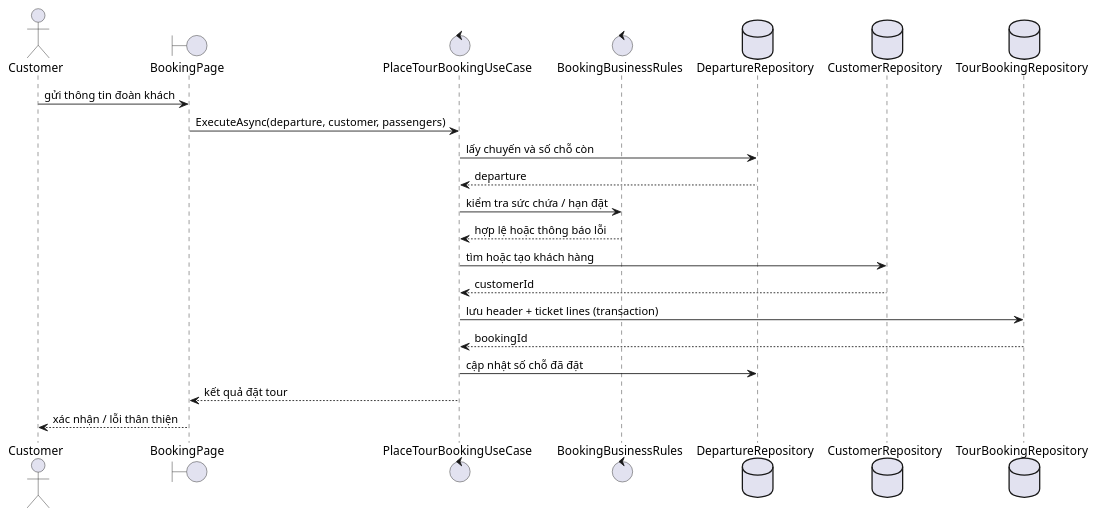
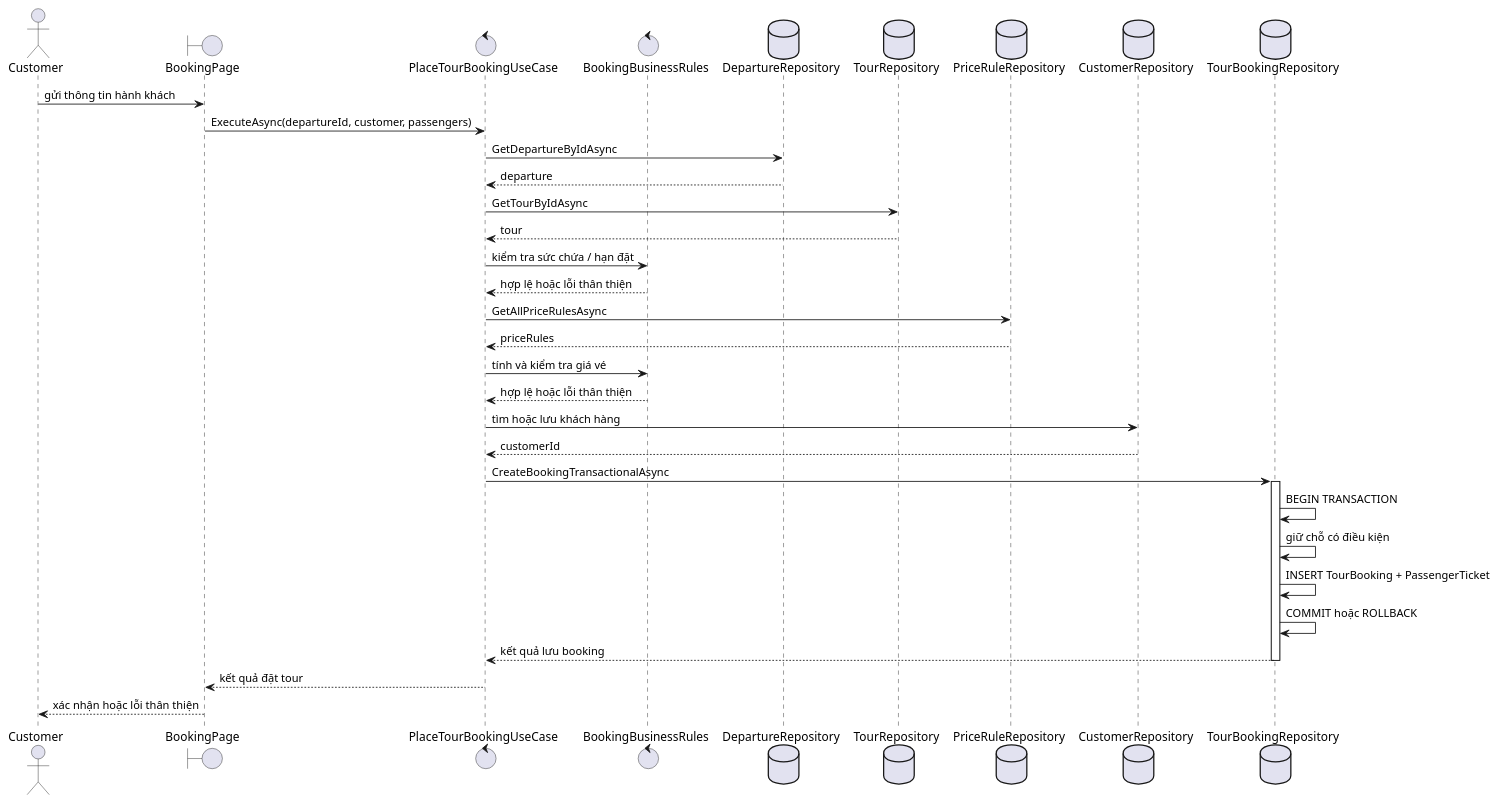
Before and after one commit to Minh05JQKA/-n-TourDulLichHue: the diagram in docs/diagrams/booking-sequence.puml, drawn with PlantUML. The commit also changed other lines of this file and 12 other files, not shown here.

```diff
--- a/docs/diagrams/booking-sequence.puml
+++ b/docs/diagrams/booking-sequence.puml
@@ -4,22 +1,36 @@
 @startuml
 actor Customer
 boundary BookingPage
 control PlaceTourBookingUseCase
 control BookingBusinessRules
 database DepartureRepository
+database TourRepository
+database PriceRuleRepository
 database CustomerRepository
 database TourBookingRepository
-Customer -> BookingPage : gửi thông tin đoàn khách
-BookingPage -> PlaceTourBookingUseCase : ExecuteAsync(departure, customer, passengers)
-PlaceTourBookingUseCase -> DepartureRepository : lấy chuyến và số chỗ còn
+
+Customer -> BookingPage : gửi thông tin hành khách
+BookingPage -> PlaceTourBookingUseCase : ExecuteAsync(departureId, customer, passengers)
+PlaceTourBookingUseCase -> DepartureRepository : GetDepartureByIdAsync
 DepartureRepository --> PlaceTourBookingUseCase : departure
+PlaceTourBookingUseCase -> TourRepository : GetTourByIdAsync
+TourRepository --> PlaceTourBookingUseCase : tour
 PlaceTourBookingUseCase -> BookingBusinessRules : kiểm tra sức chứa / hạn đặt
-BookingBusinessRules --> PlaceTourBookingUseCase : hợp lệ hoặc thông báo lỗi
-PlaceTourBookingUseCase -> CustomerRepository : tìm hoặc tạo khách hàng
+BookingBusinessRules --> PlaceTourBookingUseCase : hợp lệ hoặc lỗi thân thiện
+PlaceTourBookingUseCase -> PriceRuleRepository : GetAllPriceRulesAsync
+PriceRuleRepository --> PlaceTourBookingUseCase : priceRules
+PlaceTourBookingUseCase -> BookingBusinessRules : tính và kiểm tra giá vé
+BookingBusinessRules --> PlaceTourBookingUseCase : hợp lệ hoặc lỗi thân thiện
+PlaceTourBookingUseCase -> CustomerRepository : tìm hoặc lưu khách hàng
 CustomerRepository --> PlaceTourBookingUseCase : customerId
-PlaceTourBookingUseCase -> TourBookingRepository : lưu header + ticket lines (transaction)
-TourBookingRepository --> PlaceTourBookingUseCase : bookingId
-PlaceTourBookingUseCase -> DepartureRepository : cập nhật số chỗ đã đặt
+PlaceTourBookingUseCase -> TourBookingRepository : CreateBookingTransactionalAsync
+activate TourBookingRepository
+TourBookingRepository -> TourBookingRepository : BEGIN TRANSACTION
+TourBookingRepository -> TourBookingRepository : giữ chỗ có điều kiện
+TourBookingRepository -> TourBookingRepository : INSERT TourBooking + PassengerTicket
+TourBookingRepository -> TourBookingRepository : COMMIT hoặc ROLLBACK
+TourBookingRepository --> PlaceTourBookingUseCase : kết quả lưu booking
+deactivate TourBookingRepository
 PlaceTourBookingUseCase --> BookingPage : kết quả đặt tour
-BookingPage --> Customer : xác nhận / lỗi thân thiện
+BookingPage --> Customer : xác nhận hoặc lỗi thân thiện
 @enduml
```
